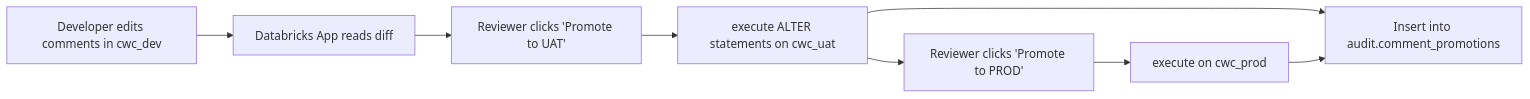
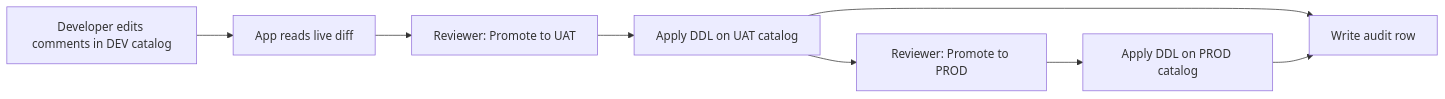
Before and after one commit to susmit03/cw-comments-publish: the diagram in 02-databricks-app/README.md, drawn with Mermaid. The commit also changed other lines of this file and 14 other files, not shown here.

First line of the commit message:
Make the Databricks App (02) a self-contained, deployable DAB

````diff
--- a/02-databricks-app/README.md
+++ b/02-databricks-app/README.md
@@ -22,11 +14,11 @@
 ```mermaid
 flowchart LR
-    Dev[Developer edits comments in cwc_dev]
-    Dev --> App["Databricks App reads diff"]
-    App --> Review["Reviewer clicks 'Promote to UAT'"]
-    Review --> ApplyUAT["execute ALTER statements on cwc_uat"]
-    ApplyUAT --> Audit["Insert into audit.comment_promotions"]
-    ApplyUAT --> Review2["Reviewer clicks 'Promote to PROD'"]
-    Review2 --> ApplyPROD["execute on cwc_prod"]
-    ApplyPROD --> Audit
+    Dev[Developer edits comments in DEV catalog]
+    Dev --> App["App reads live diff"]
+    App --> UATReview["Reviewer: Promote to UAT"]
+    UATReview --> UATApply["Apply DDL on UAT catalog"]
+    UATApply --> Audit["Write audit row"]
+    UATApply --> PRODReview["Reviewer: Promote to PROD"]
+    PRODReview --> PRODApply["Apply DDL on PROD catalog"]
+    PRODApply --> Audit
 ```
````
